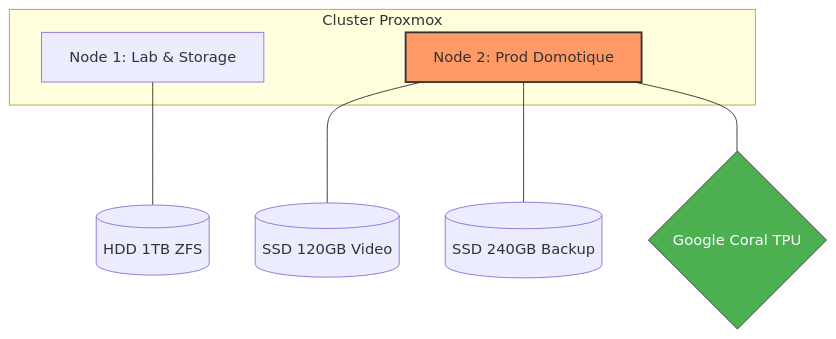
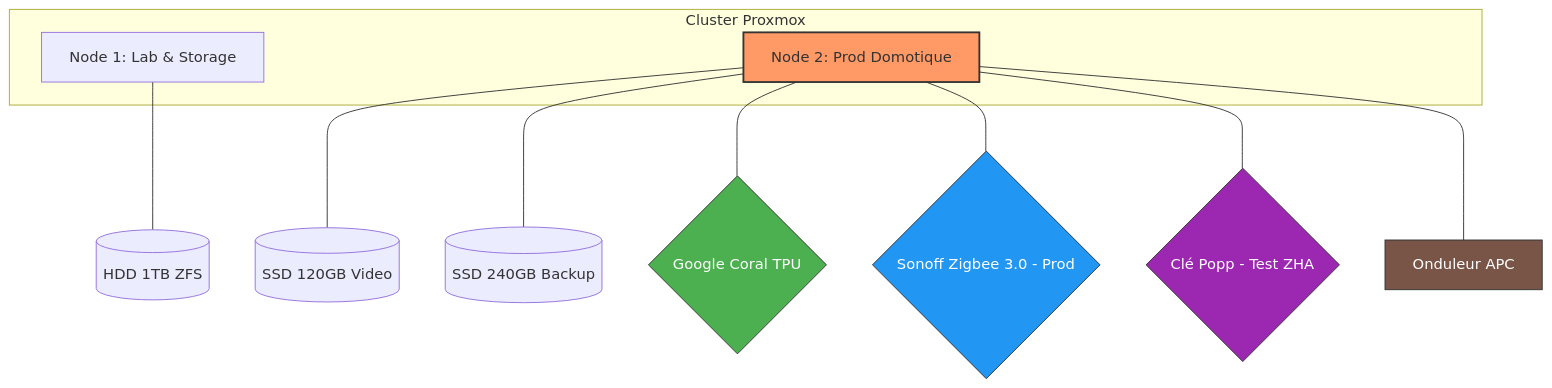
The diagram in README.md (Ludoksrm/Homelab-infrastructure), drawn with Mermaid before and after one commit. The commit also changed other lines of this file, not shown here.

````diff
--- a/README.md
+++ b/README.md
@@ -34,15 +37,22 @@
 ```mermaid
 graph TD
     subgraph "Cluster Proxmox"
     N1[Node 1: Lab & Storage]
     N2[Node 2: Prod Domotique]
     end
 
     N1 --- D1[(HDD 1TB ZFS)]
+    
     N2 --- D2[(SSD 120GB Video)]
     N2 --- D3[(SSD 240GB Backup)]
     N2 --- TPU{Google Coral TPU}
+    N2 --- ZB1{Sonoff Zigbee 3.0 - Prod}
+    N2 --- ZB2{Clé Popp - Test ZHA}
+    N2 --- UPS[Onduleur APC]
 
     style N2 fill:#f96,stroke:#333,stroke-width:2px
+    style ZB1 fill:#2196F3,stroke:#333,color:#fff
+    style ZB2 fill:#9C27B0,stroke:#333,color:#fff
     style TPU fill:#4caf50,stroke:#333,color:#fff
+    style UPS fill:#795548,stroke:#333,color:#fff
 ```
````
